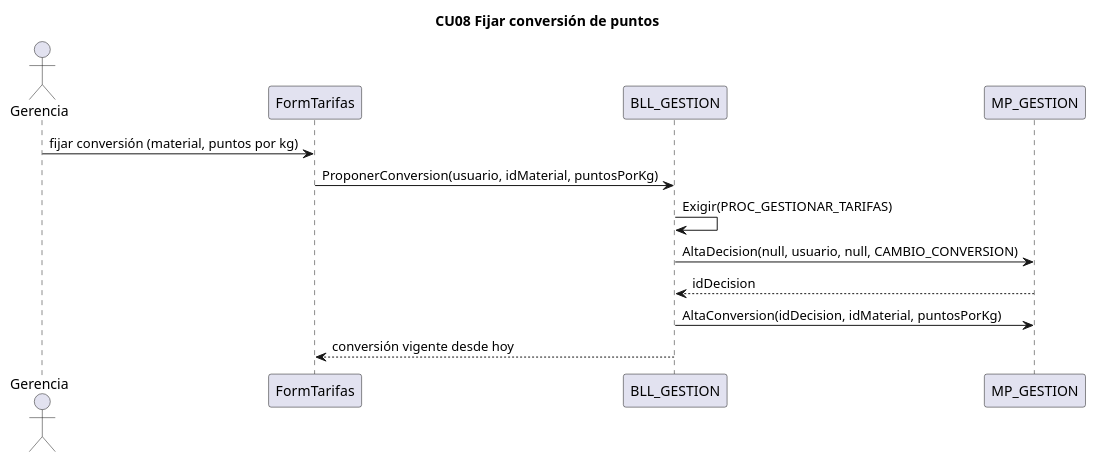
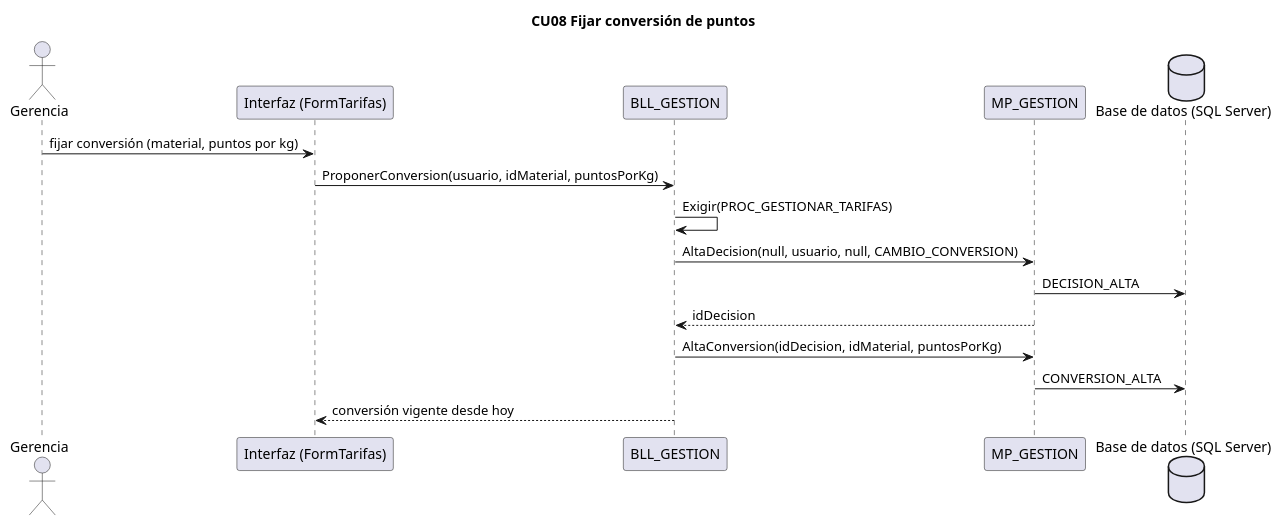
The diagram in docs/diagramas/secuencias/CU08_fijar_conversion.puml (L-Muniz/uai-diploma_2026), drawn with PlantUML before and after one commit. The commit also changed 36 other files, not shown here.

Commit message:
Docs: secuencias con capa de interfaz y base de datos; imágenes del Word limitadas a la hoja

```diff
--- a/docs/diagramas/secuencias/CU08_fijar_conversion.puml
+++ b/docs/diagramas/secuencias/CU08_fijar_conversion.puml
@@ -1,14 +1,17 @@
 @startuml CU08
 title CU08 Fijar conversión de puntos
 actor Gerencia
-participant "FormTarifas" as IU
+participant "Interfaz (FormTarifas)" as IU
 participant "BLL_GESTION" as BLL
 participant "MP_GESTION" as DAL
+database "Base de datos (SQL Server)" as BD
 Gerencia -> IU : fijar conversión (material, puntos por kg)
 IU -> BLL : ProponerConversion(usuario, idMaterial, puntosPorKg)
 BLL -> BLL : Exigir(PROC_GESTIONAR_TARIFAS)
 BLL -> DAL : AltaDecision(null, usuario, null, CAMBIO_CONVERSION)
+DAL -> BD : DECISION_ALTA
 DAL --> BLL : idDecision
 BLL -> DAL : AltaConversion(idDecision, idMaterial, puntosPorKg)
+DAL -> BD : CONVERSION_ALTA
 BLL --> IU : conversión vigente desde hoy
 @enduml
```
